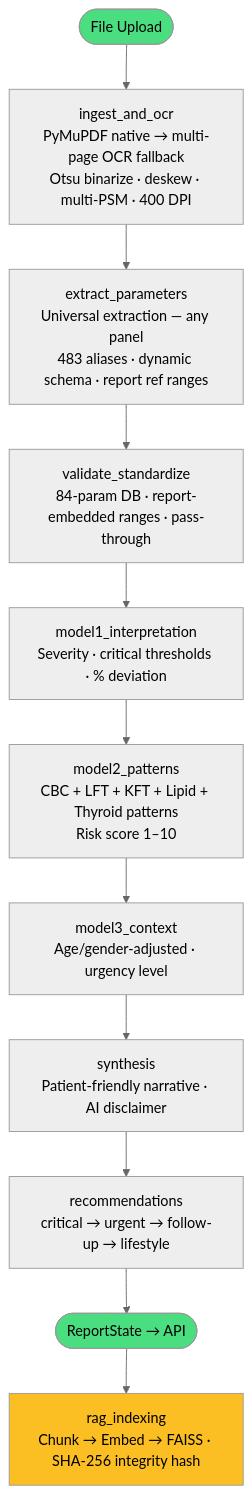
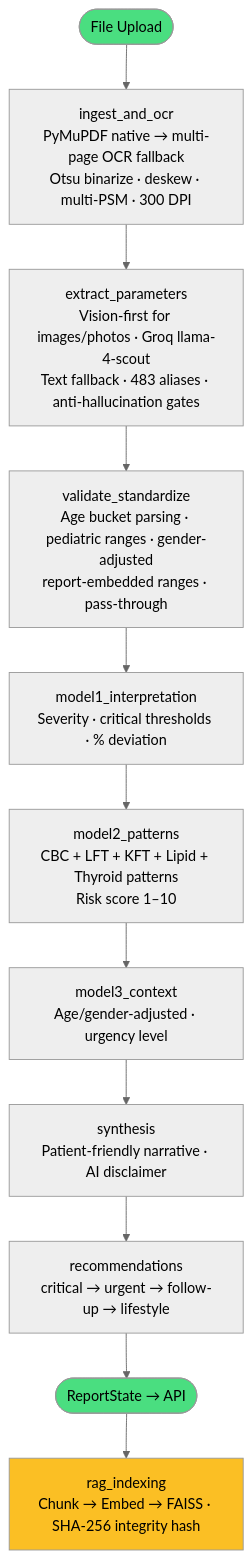
Before and after one commit to Likithsatya192/Multi-Model-AI-Agent-for-Health-Diagnostics: the first of 2 diagrams in README.md, drawn with Mermaid (neutral theme). The commit also changed other lines of this file and 34 other files, not shown here.

Commit message:
feat: vision LLM extraction + anti-hallucination + pediatric ranges

````diff
--- a/README.md
+++ b/README.md
@@ -59,17 +62,17 @@
 ```mermaid
 flowchart TD
-    A([File Upload]) --> B[ingest_and_ocr\nPyMuPDF native → multi-page OCR fallback\nOtsu binarize · deskew · multi-PSM · 400 DPI]
-    B --> C[extract_parameters\nUniversal extraction — any panel\n483 aliases · dynamic schema · report ref ranges]
-    C --> D[validate_standardize\n84-param DB · report-embedded ranges · pass-through]
+    A([File Upload]) --> B[ingest_and_ocr\nPyMuPDF native → multi-page OCR fallback\nOtsu binarize · deskew · multi-PSM · 300 DPI]
+    B --> C[extract_parameters\nVision-first for images/photos · Groq llama-4-scout\nText fallback · 483 aliases · anti-hallucination gates]
+    C --> D[validate_standardize\nAge bucket parsing · pediatric ranges · gender-adjusted\nreport-embedded ranges · pass-through]
     D --> E[model1_interpretation\nSeverity · critical thresholds · % deviation]
     E --> F[model2_patterns\nCBC + LFT + KFT + Lipid + Thyroid patterns\nRisk score 1–10]
     F --> G[model3_context\nAge/gender-adjusted · urgency level]
     G --> H[synthesis\nPatient-friendly narrative · AI disclaimer]
     H --> I[recommendations\ncritical → urgent → follow-up → lifestyle]
     I --> K([ReportState → API])
     K --> J[rag_indexing\nChunk → Embed → FAISS · SHA-256 integrity hash]
 
     style A fill:#4ade80,color:#000
     style K fill:#4ade80,color:#000
     style J fill:#fbbf24,color:#000
 ```
````
